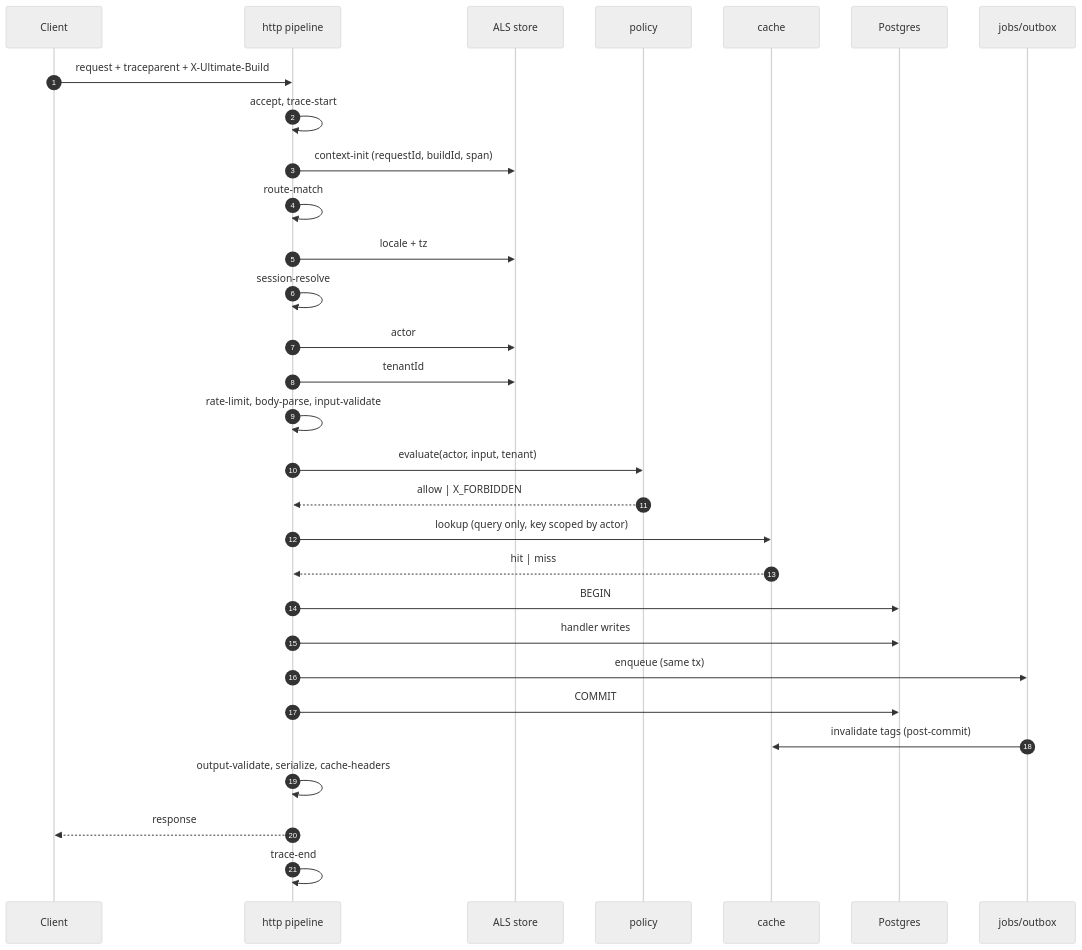
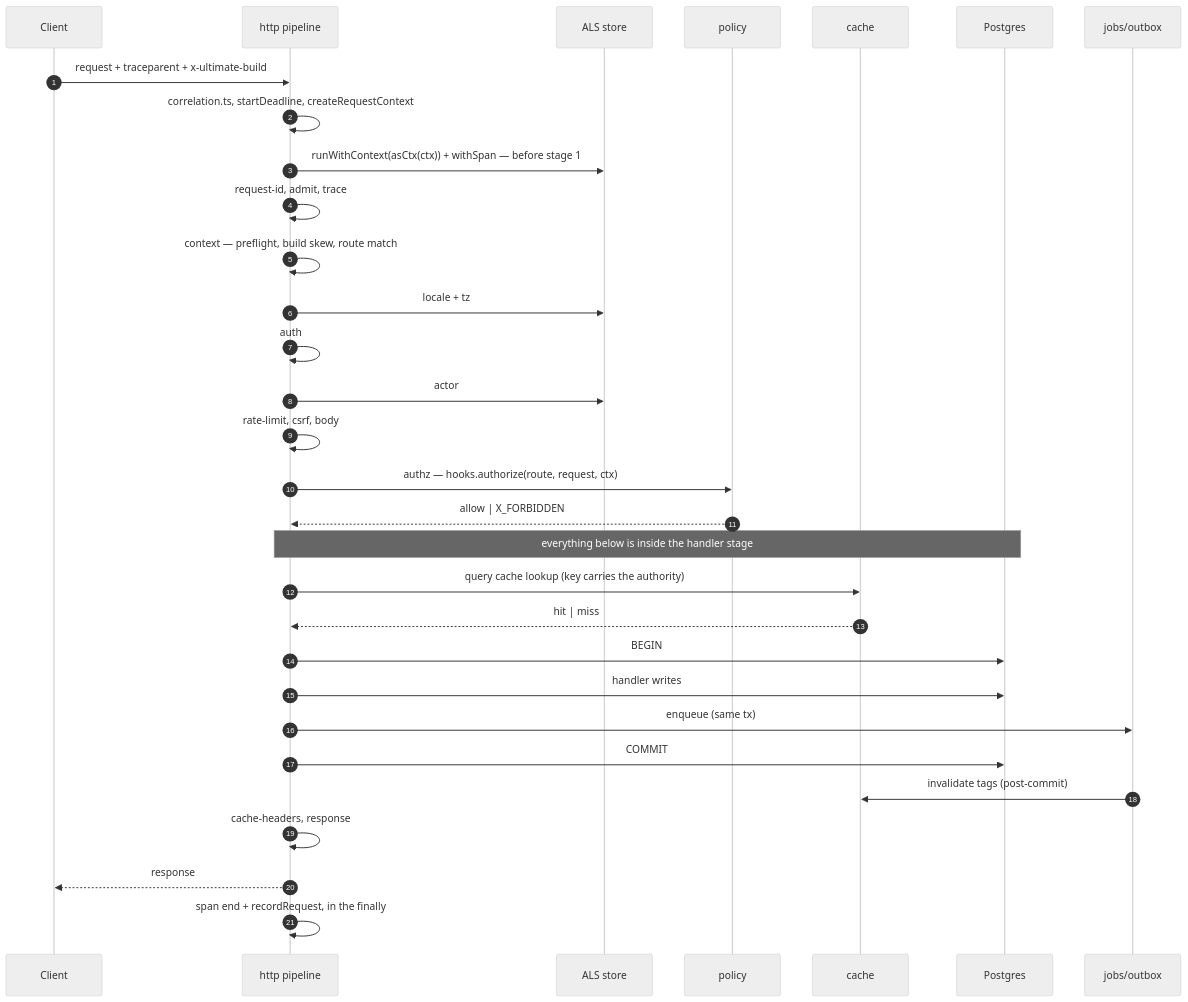
The diagram in docs/architecture/03-request-lifecycle.md (developerz-ai/ultimate), drawn with Mermaid (neutral theme) before and after one commit. The commit also changed other lines of this file and 143 other files, not shown here.

````diff
--- a/docs/architecture/03-request-lifecycle.md
+++ b/docs/architecture/03-request-lifecycle.md
@@ -34,33 +62,34 @@
 ```mermaid
 sequenceDiagram
   autonumber
   participant C as Client
   participant H as http pipeline
   participant A as ALS store
   participant P as policy
   participant K as cache
   participant D as Postgres
   participant J as jobs/outbox
 
-  C->>H: request + traceparent + X-Ultimate-Build
-  H->>H: accept, trace-start
-  H->>A: context-init (requestId, buildId, span)
-  H->>H: route-match
+  C->>H: request + traceparent + x-ultimate-build
+  H->>H: correlation.ts, startDeadline, createRequestContext
+  H->>A: runWithContext(asCtx(ctx)) + withSpan — before stage 1
+  H->>H: request-id, admit, trace
+  H->>H: context — preflight, build skew, route match
   H->>A: locale + tz
-  H->>H: session-resolve
+  H->>H: auth
   H->>A: actor
-  H->>A: tenantId
-  H->>H: rate-limit, body-parse, input-validate
-  H->>P: evaluate(actor, input, tenant)
+  H->>H: rate-limit, csrf, body
+  H->>P: authz — hooks.authorize(route, request, ctx)
   P-->>H: allow | X_FORBIDDEN
-  H->>K: lookup (query only, key scoped by actor)
+  Note over H,D: everything below is inside the handler stage
+  H->>K: query cache lookup (key carries the authority)
   K-->>H: hit | miss
   H->>D: BEGIN
   H->>D: handler writes
   H->>J: enqueue (same tx)
   H->>D: COMMIT
   J->>K: invalidate tags (post-commit)
-  H->>H: output-validate, serialize, cache-headers
+  H->>H: cache-headers, response
   H-->>C: response
-  H->>H: trace-end
+  H->>H: span end + recordRequest, in the finally
 ```
````
